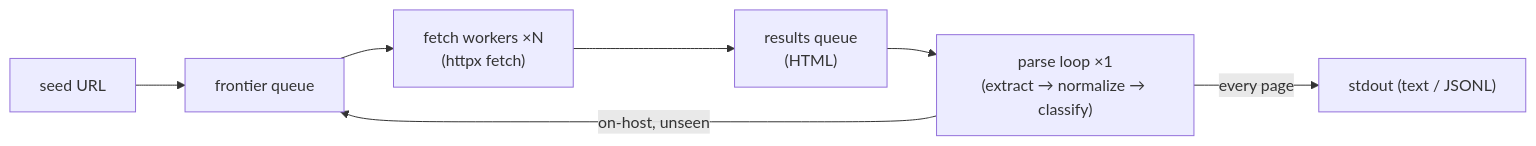
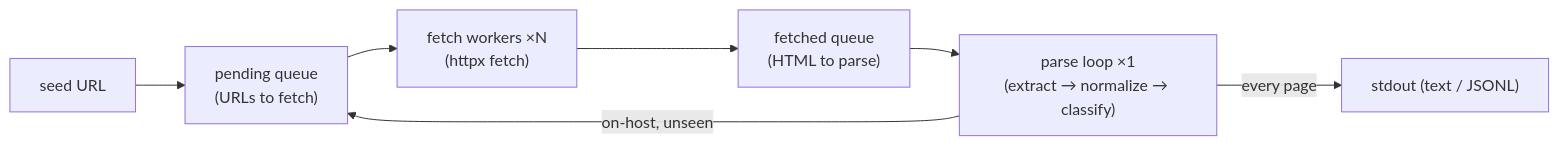
The second of 2 diagrams in python/README.md (Zegocover/engineer-hiring-tech-exercise), drawn with Mermaid before and after one commit. The commit also changed 3 other files, not shown here.

First line of the commit message:
refactor(crawler): rename queues frontier/results to pending/fetched

````diff
--- a/python/README.md
+++ b/python/README.md
@@ -99,9 +99,9 @@
 ```mermaid
 flowchart LR
-    seed["seed URL"] --> FR["frontier queue"]
+    seed["seed URL"] --> FR["pending queue<br/>(URLs to fetch)"]
     FR --> FW["fetch workers ×N<br/>(httpx fetch)"]
-    FW --> RQ["results queue<br/>(HTML)"]
+    FW --> RQ["fetched queue<br/>(HTML to parse)"]
     RQ --> PL["parse loop ×1<br/>(extract → normalize → classify)"]
     PL -->|on-host, unseen| FR
     PL -->|every page| OUT["stdout (text / JSONL)"]
 ```
````
